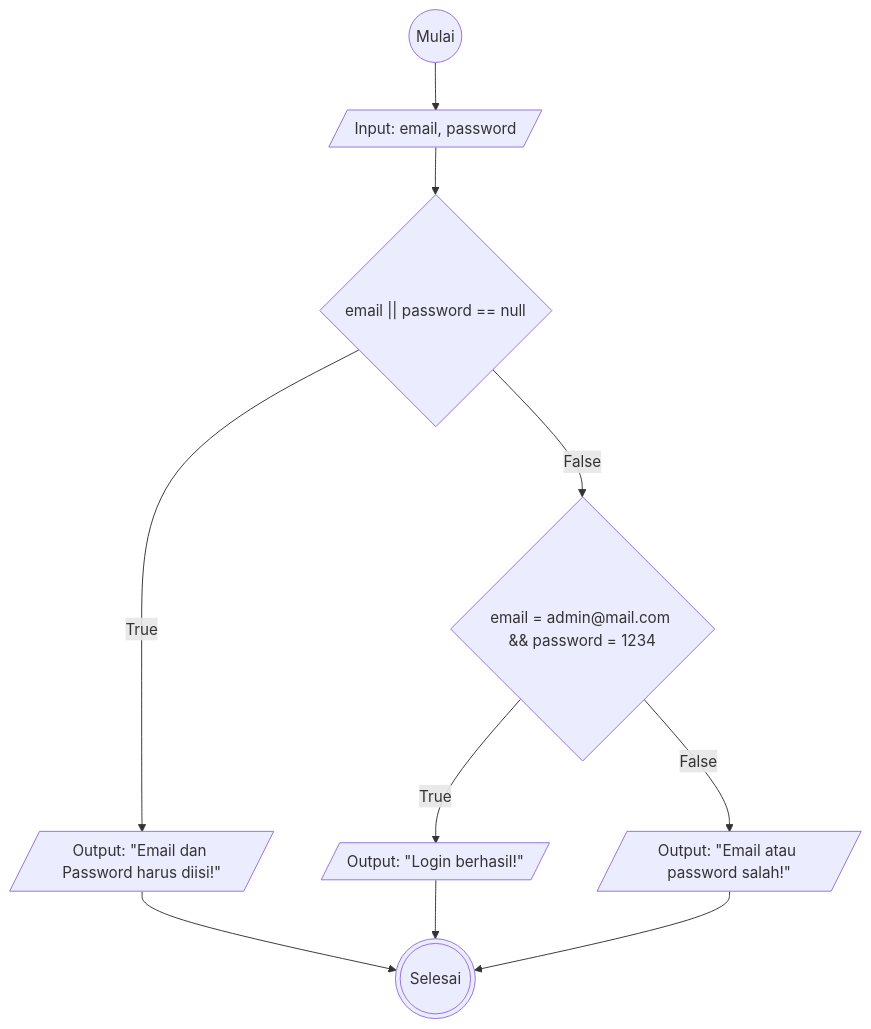
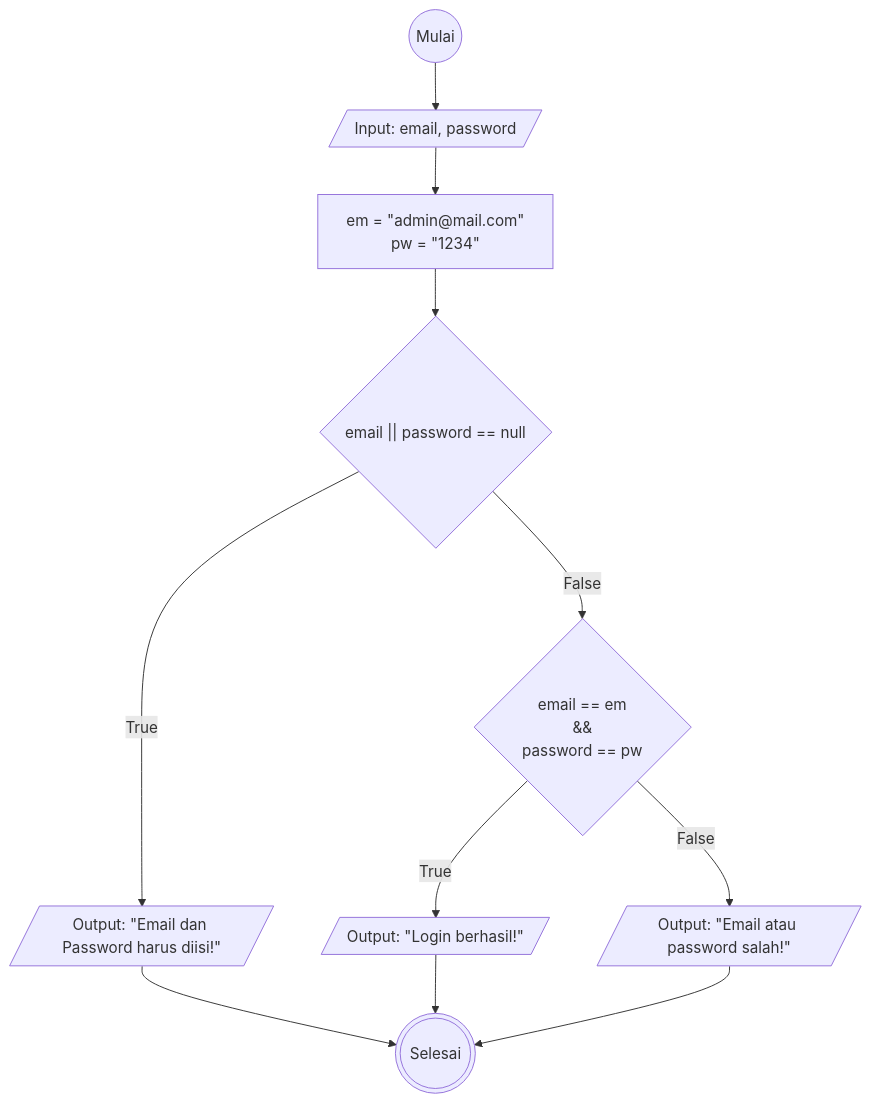
Before and after one commit to mslthn/koda-b6-algoritma: the diagram in flowchart-email-password.md, drawn with Mermaid.

````diff
--- a/flowchart-email-password.md
+++ b/flowchart-email-password.md
@@ -1,18 +1,21 @@
 ```mermaid
 flowchart TD
     mulai@{ shape: circ, label: "Mulai"}
     input@{ shape: lean-r, label: "Input: email, password"}
     if@{shape: diamond, label: "email || password == null"}
     epNull@{shape: lean-r, label: "Output: #quot;Email dan Password harus diisi!#quot;"}
-
-    ifepBenar@{ shape: diamond, label: "email = admin@mail.com && password = 1234"}
+    emPass@{shape: rect, label: "em = #quot;admin@mail.com#quot;
+    pw = #quot;1234#quot;" }
+    ifepBenar@{ shape: diamond, label: "email == em 
+    && 
+    password == pw"}
     loginBerhasil@{ shape: lean-r, label: "Output: #quot;Login berhasil!#quot;"}
     loginGagal@{ shape: lean-r, label: "Output: #quot;Email atau password salah!#quot;"}
     selesai@{ shape: dbl-circ, label: "Selesai"}
     
-mulai-->input-->if
+mulai-->input-->emPass-->if
 if-->|True| epNull-->selesai
 if-->|False| ifepBenar
 ifepBenar-->|True| loginBerhasil-->selesai
 ifepBenar-->|False| loginGagal-->selesai
 ```
````
